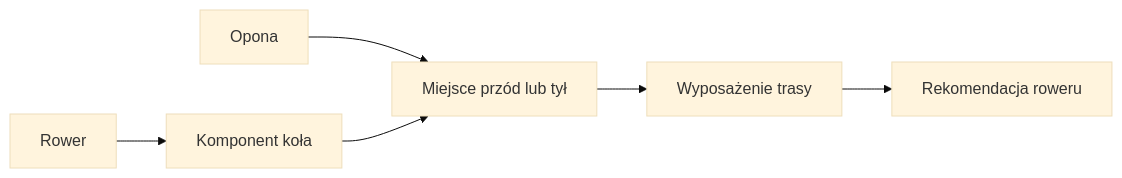
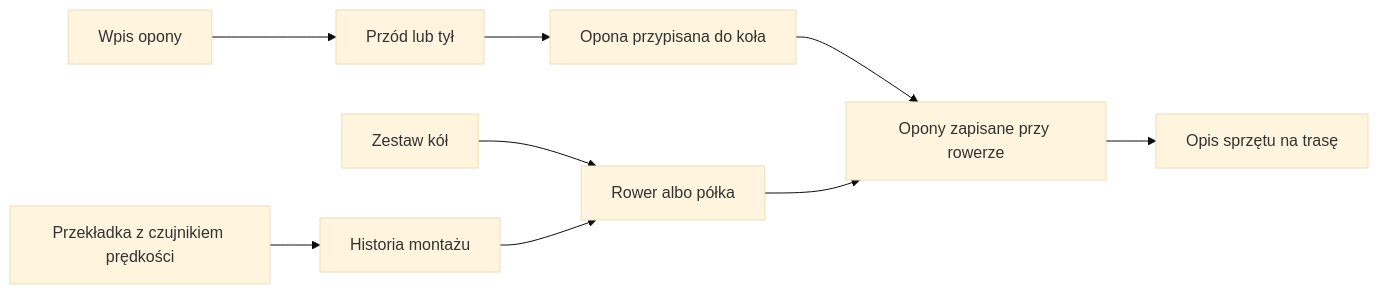
Before and after one commit to QbotMS/QbotQ: the diagram in docs/wiki/garaz/kola-opony.md, drawn with Mermaid (base theme). The commit also changed other lines of this file and 153 other files, not shown here.

````diff
--- a/docs/wiki/garaz/kola-opony.md
+++ b/docs/wiki/garaz/kola-opony.md
@@ -27,8 +39,11 @@
 ```mermaid
 flowchart LR
-  Rower --> Kolo[Komponent koła]
-  Opona --> Miejsce[Miejsce przód lub tył]
-  Kolo --> Miejsce
-  Miejsce --> Panel[Wyposażenie trasy]
-  Panel --> Wybor[Rekomendacja roweru]
+  Kolo[Zestaw kół] --> Rower[Rower albo półka]
+  Opona[Wpis opony] --> Miejsce[Przód lub tył]
+  Miejsce --> Zestaw[Opona przypisana do koła]
+  Zestaw --> Podglad[Opony zapisane przy rowerze]
+  Rower --> Podglad
+  Podglad --> Trasa[Opis sprzętu na trasę]
+  Zmiana[Przekładka z czujnikiem prędkości] --> Historia[Historia montażu]
+  Historia --> Rower
 ```
````
